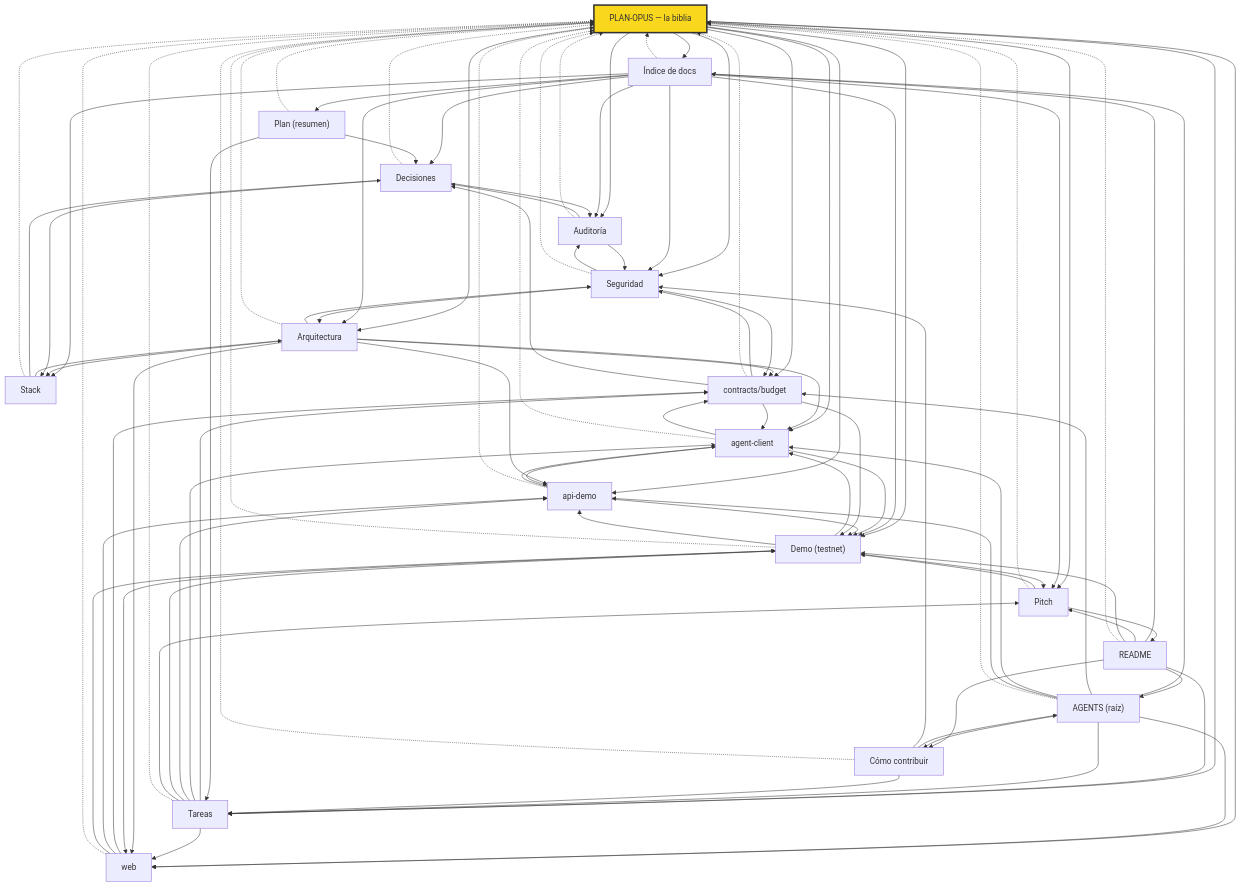
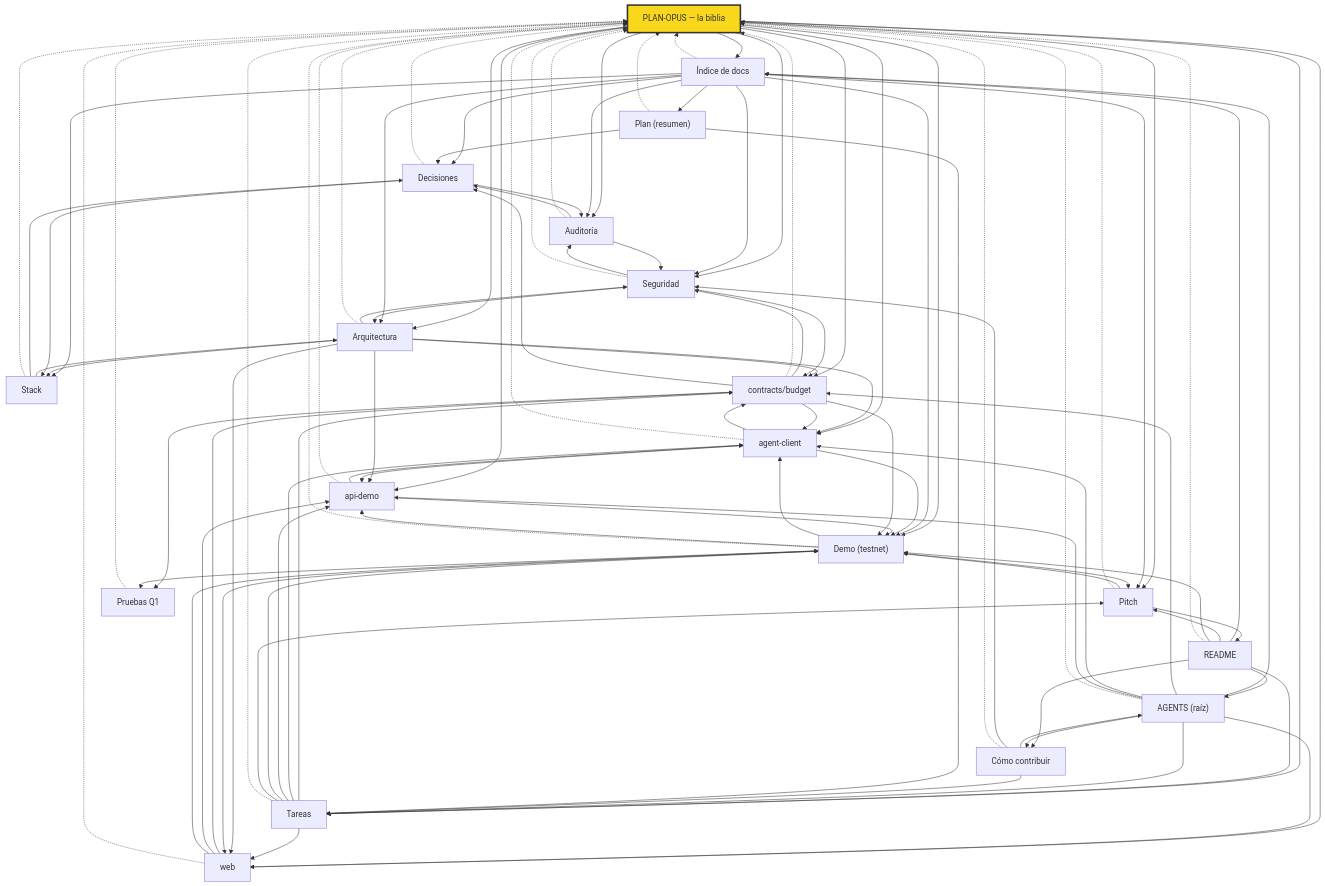
The diagram in docs/MAPA.md (Milasur/quickchain), drawn with Mermaid before and after one commit. The commit also changed other lines of this file and 7 other files, not shown here.

```diff
--- a/docs/MAPA.md
+++ b/docs/MAPA.md
@@ -18,6 +18,7 @@
   docs_AUDITORIA_md["Auditoría"]
   docs_DEMO_md["Demo (testnet)"]
   docs_PITCH_md["Pitch"]
+  docs_pruebas_q1_md["Pruebas Q1"]
   contracts_budget_AGENTS_md["contracts/budget"]
   agent_client_AGENTS_md["agent-client"]
   api_demo_AGENTS_md["api-demo"]
@@ -113,6 +114,9 @@
   contracts_budget_AGENTS_md -.-> docs_PLAN_OPUS_md
   contracts_budget_AGENTS_md --> docs_DEMO_md
   contracts_budget_AGENTS_md --> docs_DECISIONES_md
+  contracts_budget_AGENTS_md --> docs_pruebas_q1_md
+  docs_DEMO_md --> docs_pruebas_q1_md
+  docs_pruebas_q1_md -.-> docs_PLAN_OPUS_md
   agent_client_AGENTS_md -.-> docs_PLAN_OPUS_md
   api_demo_AGENTS_md -.-> docs_PLAN_OPUS_md
   web_AGENTS_md -.-> docs_PLAN_OPUS_md
```
